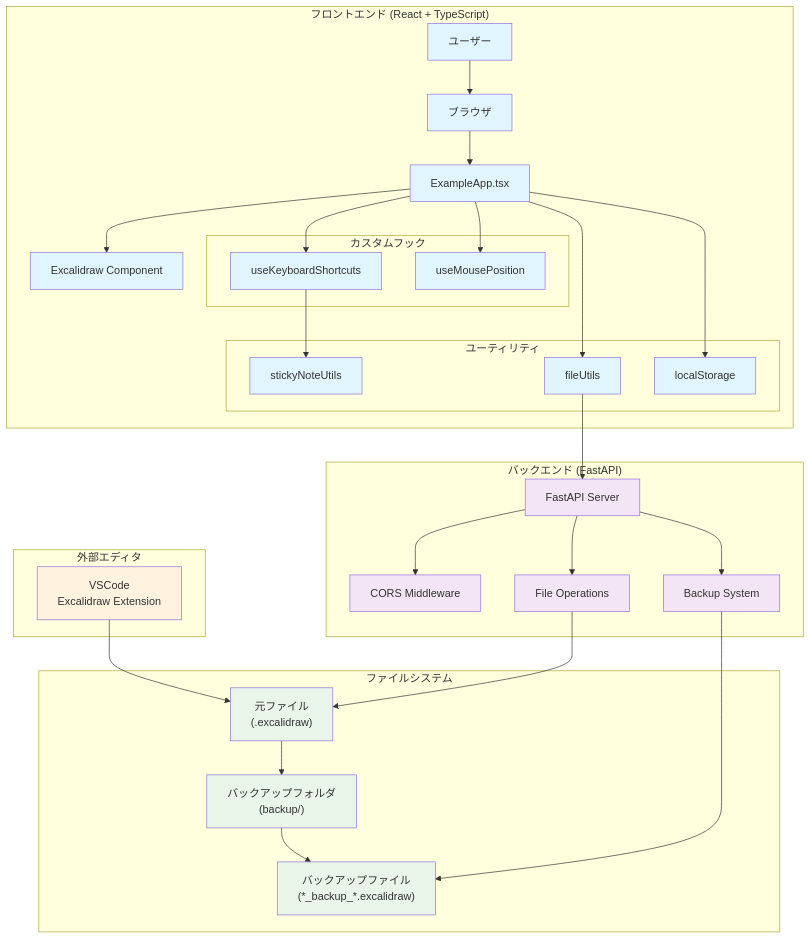
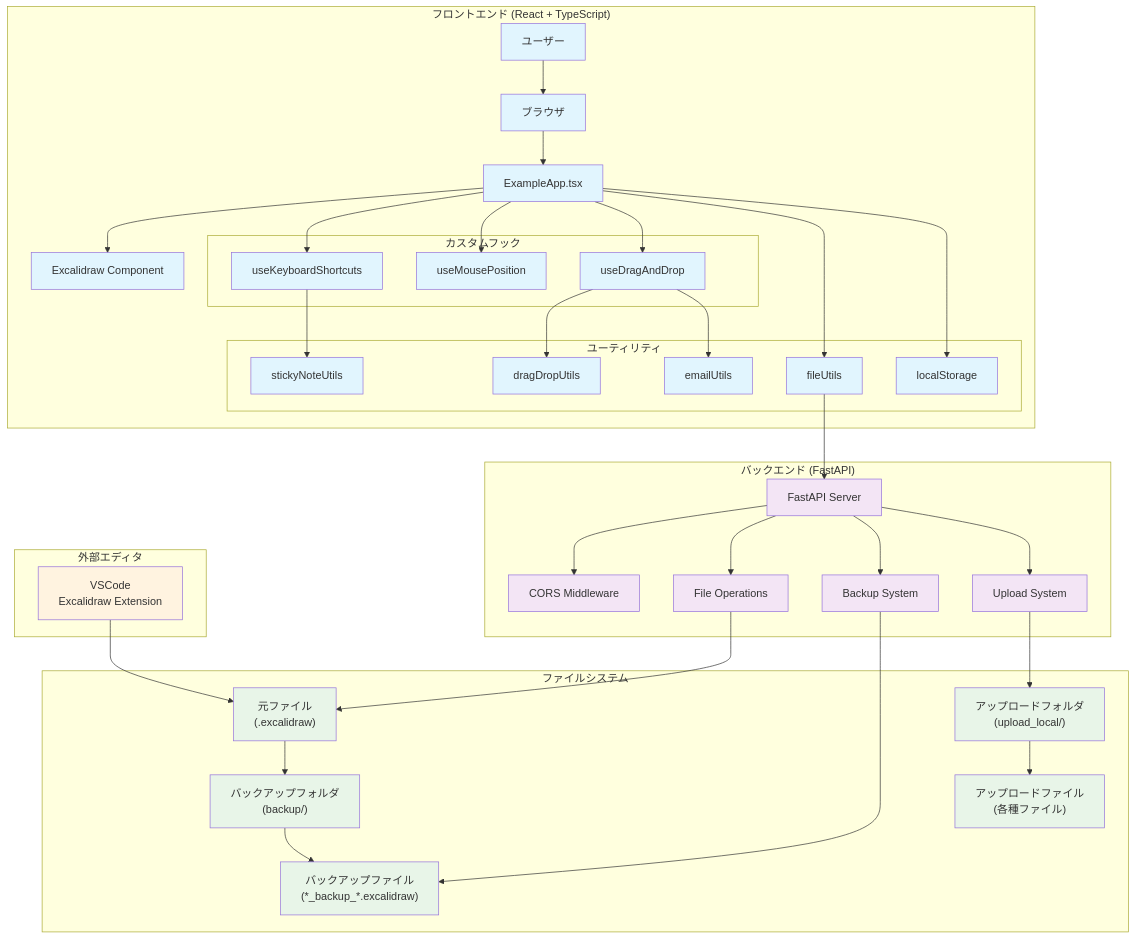
One commit to myao9494/excalidraw_myao9494 changed the first of 6 diagrams in docs/architecture.md. Above: the diagram before and after it, drawn with Mermaid. The commit also changed other lines of this file and 203 other files, not shown here.

````diff
--- a/docs/architecture.md
+++ b/docs/architecture.md
@@ -5,66 +5,78 @@
 ```mermaid
 graph TB
     subgraph "フロントエンド (React + TypeScript)"
         A[ユーザー] --> B[ブラウザ]
         B --> C[ExampleApp.tsx]
         C --> D[Excalidraw Component]
         
         subgraph "カスタムフック"
             E[useKeyboardShortcuts]
             F[useMousePosition]
+            G[useDragAndDrop]
         end
         
         subgraph "ユーティリティ"
-            G[stickyNoteUtils]
-            H[fileUtils]
-            I[localStorage]
+            H[stickyNoteUtils]
+            I[fileUtils]
+            J[localStorage]
+            K[dragDropUtils]
+            L[emailUtils]
         end
         
         C --> E
         C --> F
-        E --> G
-        C --> H
+        C --> G
+        E --> H
+        G --> K
+        G --> L
         C --> I
+        C --> J
     end
     
     subgraph "バックエンド (FastAPI)"
-        J[FastAPI Server]
-        K[CORS Middleware]
-        L[File Operations]
-        M[Backup System]
+        M[FastAPI Server]
+        N[CORS Middleware]
+        O[File Operations]
+        P[Backup System]
+        Q[Upload System]
         
-        J --> K
-        J --> L
-        J --> M
+        M --> N
+        M --> O
+        M --> P
+        M --> Q
     end
     
     subgraph "ファイルシステム"
-        N["元ファイル<br/>(.excalidraw)"]
-        O["バックアップフォルダ<br/>(backup/)"]
-        P["バックアップファイル<br/>(*_backup_*.excalidraw)"]
+        R["元ファイル<br/>(.excalidraw)"]
+        S["バックアップフォルダ<br/>(backup/)"]
+        T["バックアップファイル<br/>(*_backup_*.excalidraw)"]
+        U["アップロードフォルダ<br/>(upload_local/)"]
+        V["アップロードファイル<br/>(各種ファイル)"]
         
-        N --> O
-        O --> P
+        R --> S
+        S --> T
+        U --> V
     end
     
     subgraph "外部エディタ"
-        Q["VSCode<br/>Excalidraw Extension"]
+        W["VSCode<br/>Excalidraw Extension"]
     end
     
     %% 接続関係
-    H --> J
-    L --> N
-    M --> P
-    Q --> N
+    I --> M
+    O --> R
+    P --> T
+    Q --> U
+    W --> R
     
     %% スタイル
     classDef frontend fill:#e1f5fe
     classDef backend fill:#f3e5f5
     classDef filesystem fill:#e8f5e8
     classDef external fill:#fff3e0
     
-    class A,B,C,D,E,F,G,H,I frontend
-    class J,K,L,M backend
-    class N,O,P filesystem
-    class Q external
+    class A,B,C,D,E,F,G,H,I,J,K,L frontend
+    class M,N,O,P,Q backend
+    class R,S,T,U,V filesystem
+    class W external
 ```
````
